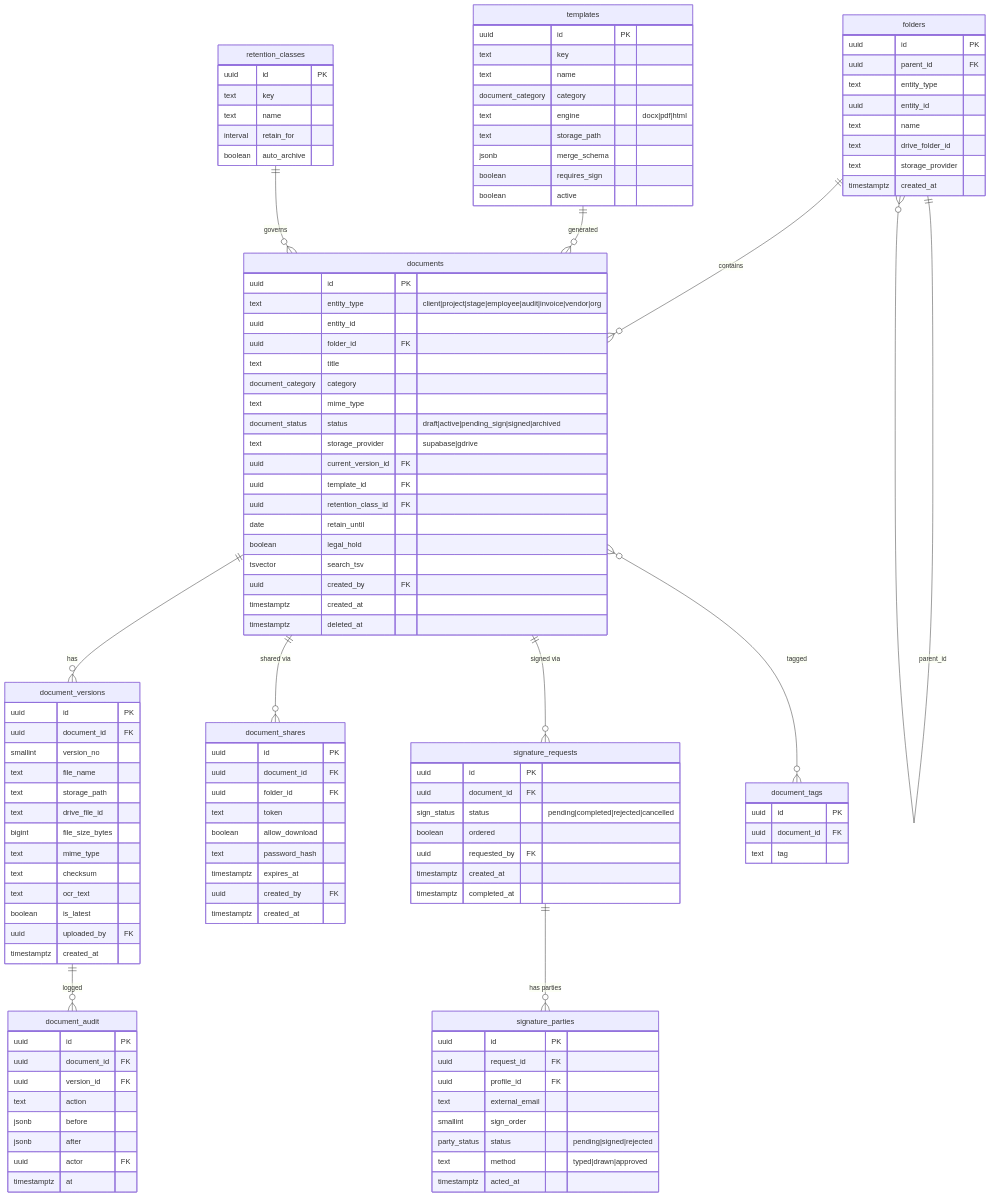
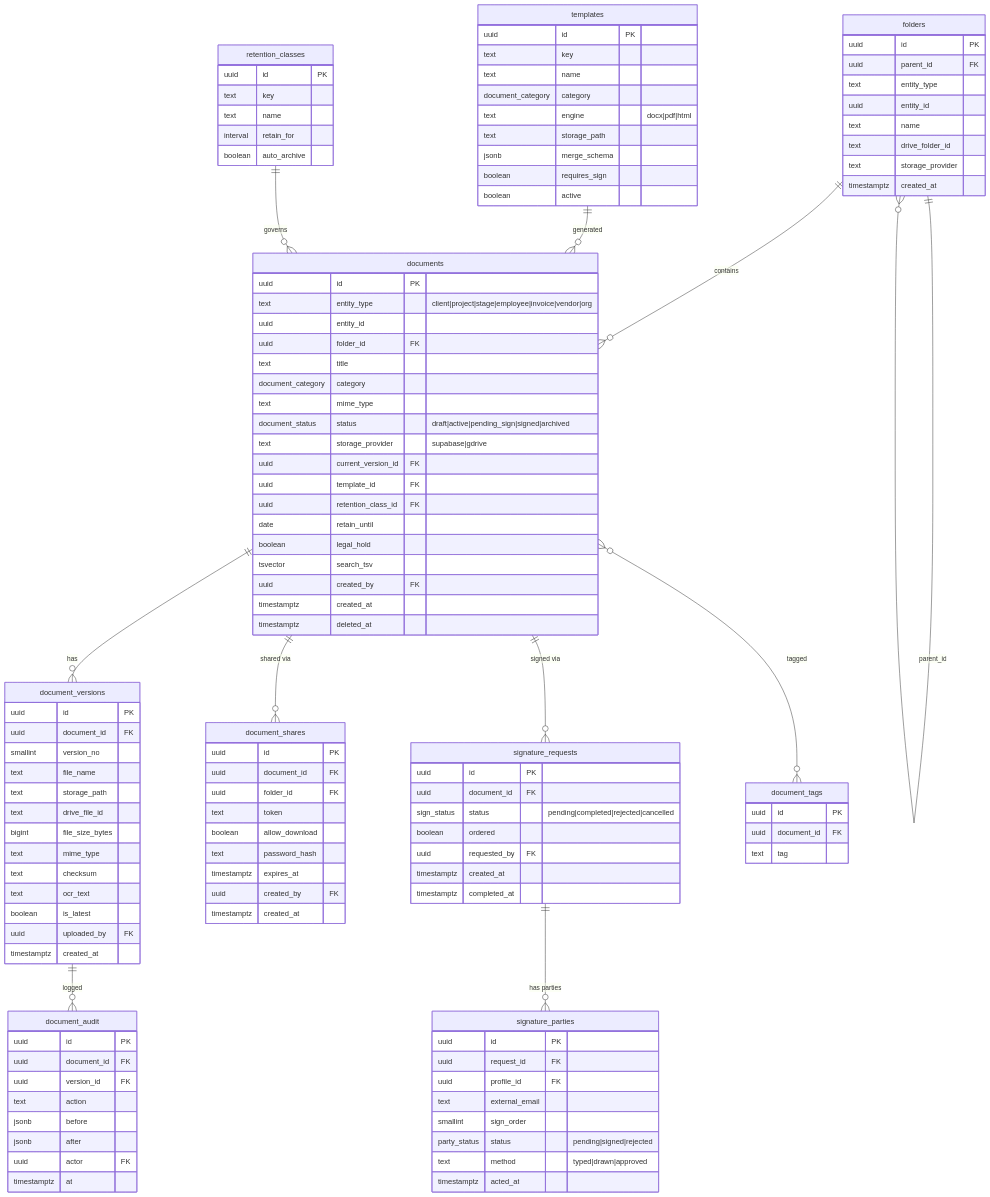
The third of 4 diagrams in docs/architecture/modules/documents.md (taruntps/tps-oms), drawn with Mermaid before and after one commit. The commit also changed other lines of this file and 21 other files, not shown here.

```diff
--- a/docs/architecture/modules/documents.md
+++ b/docs/architecture/modules/documents.md
@@ -156,7 +155,7 @@
   }
   documents {
     uuid id PK
-    text entity_type "client|project|stage|employee|audit|invoice|vendor|org"
+    text entity_type "client|project|stage|employee|invoice|vendor|org"
     uuid entity_id
     uuid folder_id FK
     text title
```
